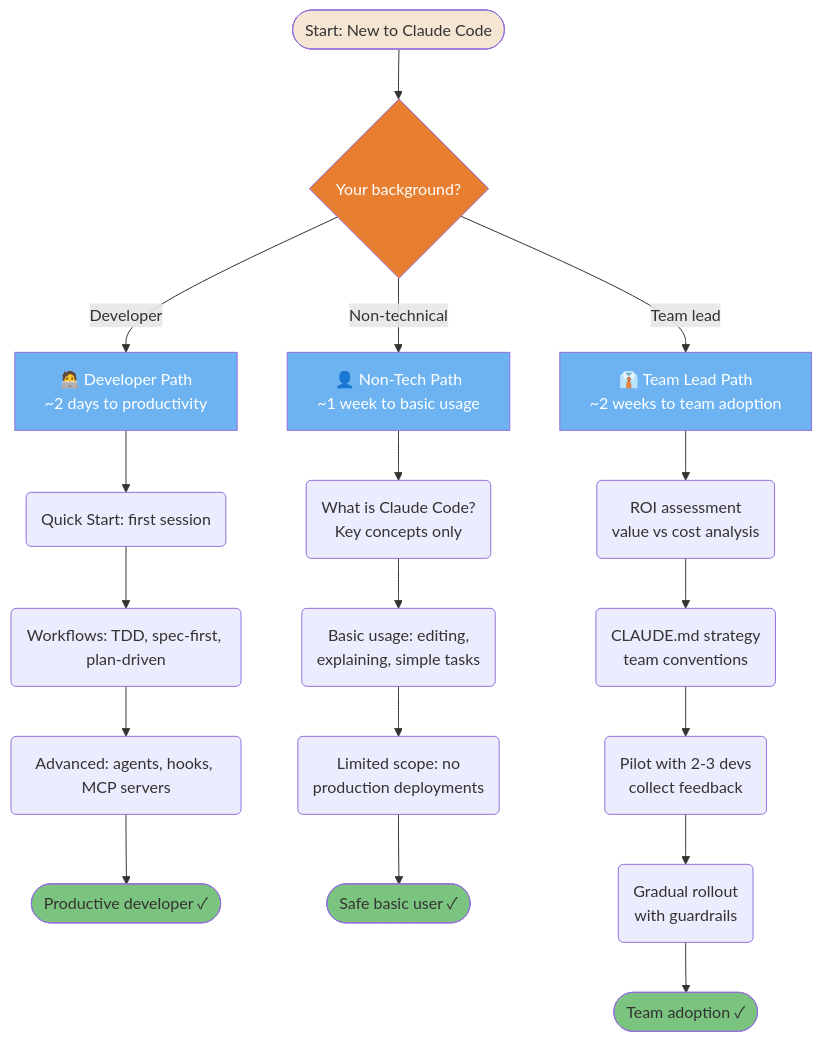
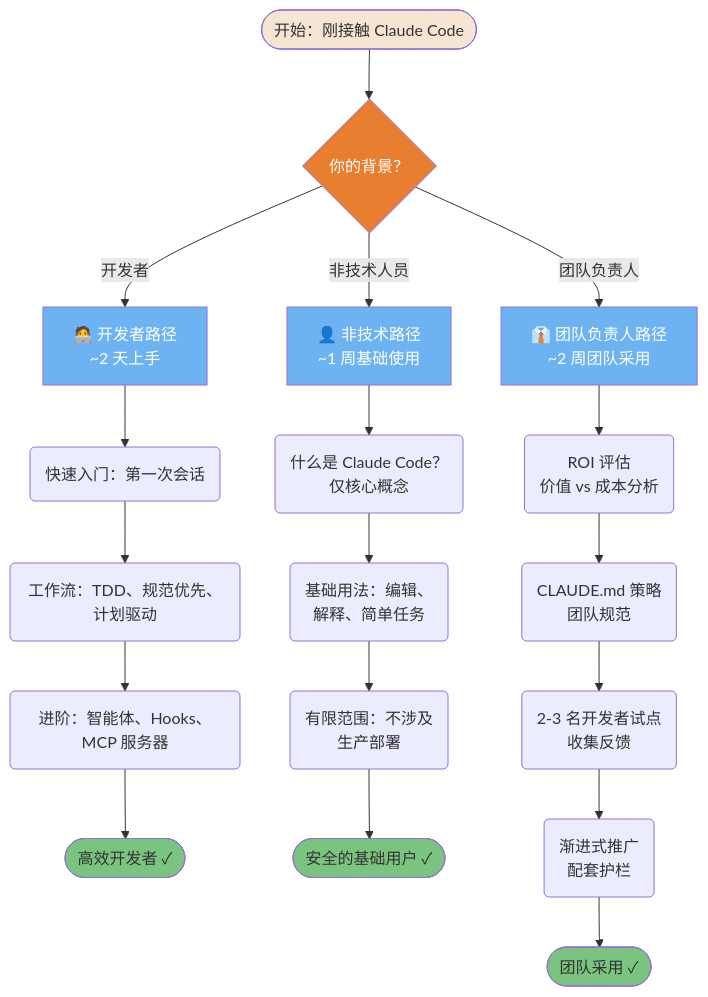
One commit to lawrencewzen/aispark-wiki changed the first of 3 diagrams in claude-code/diagrams/10-adoption-and-learning.md. Above: the diagram before and after it, drawn with Mermaid. The commit also changed other lines of this file and 82 other files, not shown here.

First line of the commit message:
feat: 完成 claude-code/ 目录全量中文翻译

````diff
--- a/claude-code/diagrams/10-adoption-and-learning.md
+++ b/claude-code/diagrams/10-adoption-and-learning.md
@@ -19,51 +19,51 @@
 ```mermaid
 flowchart TD
-    A([Start: New to Claude Code]) --> B{Your background?}
+    A([开始：刚接触 Claude Code]) --> B{你的背景？}
 
-    B -->|Developer| C["🧑‍💻 Developer Path<br/>~2 days to productivity"]
-    C --> C1(Quick Start: first session)
-    C1 --> C2(Workflows: TDD, spec-first, plan-driven)
-    C2 --> C3(Advanced: agents, hooks, MCP servers)
-    C3 --> C4([Productive developer ✓])
+    B -->|开发者| C["🧑‍💻 开发者路径<br/>~2 天上手"]
+    C --> C1(快速入门：第一次会话)
+    C1 --> C2(工作流：TDD、规范优先、计划驱动)
+    C2 --> C3(进阶：智能体、Hooks、MCP 服务器)
+    C3 --> C4([高效开发者 ✓])
 
-    B -->|Non-technical| D["👤 Non-Tech Path<br/>~1 week to basic usage"]
-    D --> D1(What is Claude Code?<br/>Key concepts only)
-    D1 --> D2(Basic usage: editing,<br/>explaining, simple tasks)
-    D2 --> D3(Limited scope: no<br/>production deployments)
-    D3 --> D4([Safe basic user ✓])
+    B -->|非技术人员| D["👤 非技术路径<br/>~1 周基础使用"]
+    D --> D1(什么是 Claude Code？<br/>仅核心概念)
+    D1 --> D2(基础用法：编辑、<br/>解释、简单任务)
+    D2 --> D3(有限范围：不涉及<br/>生产部署)
+    D3 --> D4([安全的基础用户 ✓])
 
-    B -->|Team lead| E["👔 Team Lead Path<br/>~2 weeks to team adoption"]
-    E --> E1(ROI assessment<br/>value vs cost analysis)
-    E1 --> E2(CLAUDE.md strategy<br/>team conventions)
-    E2 --> E3(Pilot with 2-3 devs<br/>collect feedback)
-    E3 --> E4(Gradual rollout<br/>with guardrails)
-    E4 --> E5([Team adoption ✓])
+    B -->|团队负责人| E["👔 团队负责人路径<br/>~2 周团队采用"]
+    E --> E1(ROI 评估<br/>价值 vs 成本分析)
+    E1 --> E2(CLAUDE.md 策略<br/>团队规范)
+    E2 --> E3(2-3 名开发者试点<br/>收集反馈)
+    E3 --> E4(渐进式推广<br/>配套护栏)
+    E4 --> E5([团队采用 ✓])
 
     style A fill:#F5E6D3,color:#333
     style B fill:#E87E2F,color:#fff
     style C fill:#6DB3F2,color:#fff
     style D fill:#6DB3F2,color:#fff
     style E fill:#6DB3F2,color:#fff
     style C4 fill:#7BC47F,color:#333
     style D4 fill:#7BC47F,color:#333
     style E5 fill:#7BC47F,color:#333
 
-    click A href "https://github.com/claude-code-ultimate-guide/claude-code-ultimate-guide/blob/main/guide/roles/adoption-approaches.md" "Start: New to Claude Code"
-    click B href "https://github.com/claude-code-ultimate-guide/claude-code-ultimate-guide/blob/main/guide/roles/adoption-approaches.md" "Your background?"
-    click C href "https://github.com/claude-code-ultimate-guide/claude-code-ultimate-guide/blob/main/guide/ultimate-guide.md#12-first-workflow" "Developer Path"
-    click C1 href "https://github.com/claude-code-ultimate-guide/claude-code-ultimate-guide/blob/main/guide/ultimate-guide.md#12-first-workflow" "Quick Start: first session"
-    click C2 href "https://github.com/claude-code-ultimate-guide/claude-code-ultimate-guide/blob/main/guide/ultimate-guide.md#12-first-workflow" "Workflows: TDD, spec-first, plan-driven"
-    click C3 href "https://github.com/claude-code-ultimate-guide/claude-code-ultimate-guide/blob/main/guide/ultimate-guide.md#41-what-are-agents" "Advanced: agents, hooks, MCP"
-    click C4 href "https://github.com/claude-code-ultimate-guide/claude-code-ultimate-guide/blob/main/guide/roles/adoption-approaches.md" "Productive developer"
-    click D href "https://github.com/claude-code-ultimate-guide/claude-code-ultimate-guide/blob/main/guide/roles/adoption-approaches.md" "Non-Tech Path"
-    click D1 href "https://github.com/claude-code-ultimate-guide/claude-code-ultimate-guide/blob/main/guide/roles/adoption-approaches.md" "What is Claude Code?"
-    click D2 href "https://github.com/claude-code-ultimate-guide/claude-code-ultimate-guide/blob/main/guide/roles/adoption-approaches.md" "Basic usage"
-    click D3 href "https://github.com/claude-code-ultimate-guide/claude-code-ultimate-guide/blob/main/guide/roles/adoption-approaches.md" "Limited scope"
-    click D4 href "https://github.com/claude-code-ultimate-guide/claude-code-ultimate-guide/blob/main/guide/roles/adoption-approaches.md" "Safe basic user"
-    click E href "https://github.com/claude-code-ultimate-guide/claude-code-ultimate-guide/blob/main/guide/roles/adoption-approaches.md" "Team Lead Path"
-    click E1 href "https://github.com/claude-code-ultimate-guide/claude-code-ultimate-guide/blob/main/guide/roles/adoption-approaches.md" "ROI assessment"
-    click E2 href "https://github.com/claude-code-ultimate-guide/claude-code-ultimate-guide/blob/main/guide/ultimate-guide.md#31-memory-files-claudemd" "CLAUDE.md strategy"
-    click E3 href "https://github.com/claude-code-ultimate-guide/claude-code-ultimate-guide/blob/main/guide/roles/adoption-approaches.md" "Pilot with 2-3 devs"
-    click E4 href "https://github.com/claude-code-ultimate-guide/claude-code-ultimate-guide/blob/main/guide/roles/adoption-approaches.md" "Gradual rollout"
-    click E5 href "https://github.com/claude-code-ultimate-guide/claude-code-ultimate-guide/blob/main/guide/roles/adoption-approaches.md" "Team adoption"
+    click A href "https://github.com/claude-code-ultimate-guide/claude-code-ultimate-guide/blob/main/guide/roles/adoption-approaches.md" "开始：刚接触 Claude Code"
+    click B href "https://github.com/claude-code-ultimate-guide/claude-code-ultimate-guide/blob/main/guide/roles/adoption-approaches.md" "你的背景？"
+    click C href "https://github.com/claude-code-ultimate-guide/claude-code-ultimate-guide/blob/main/guide/ultimate-guide.md#12-first-workflow" "开发者路径"
+    click C1 href "https://github.com/claude-code-ultimate-guide/claude-code-ultimate-guide/blob/main/guide/ultimate-guide.md#12-first-workflow" "快速入门：第一次会话"
+    click C2 href "https://github.com/claude-code-ultimate-guide/claude-code-ultimate-guide/blob/main/guide/ultimate-guide.md#12-first-workflow" "工作流：TDD、规范优先、计划驱动"
+    click C3 href "https://github.com/claude-code-ultimate-guide/claude-code-ultimate-guide/blob/main/guide/ultimate-guide.md#41-what-are-agents" "进阶：智能体、Hooks、MCP"
+    click C4 href "https://github.com/claude-code-ultimate-guide/claude-code-ultimate-guide/blob/main/guide/roles/adoption-approaches.md" "高效开发者"
+    click D href "https://github.com/claude-code-ultimate-guide/claude-code-ultimate-guide/blob/main/guide/roles/adoption-approaches.md" "非技术路径"
+    click D1 href "https://github.com/claude-code-ultimate-guide/claude-code-ultimate-guide/blob/main/guide/roles/adoption-approaches.md" "什么是 Claude Code？"
+    click D2 href "https://github.com/claude-code-ultimate-guide/claude-code-ultimate-guide/blob/main/guide/roles/adoption-approaches.md" "基础用法"
+    click D3 href "https://github.com/claude-code-ultimate-guide/claude-code-ultimate-guide/blob/main/guide/roles/adoption-approaches.md" "有限范围"
+    click D4 href "https://github.com/claude-code-ultimate-guide/claude-code-ultimate-guide/blob/main/guide/roles/adoption-approaches.md" "安全的基础用户"
+    click E href "https://github.com/claude-code-ultimate-guide/claude-code-ultimate-guide/blob/main/guide/roles/adoption-approaches.md" "团队负责人路径"
+    click E1 href "https://github.com/claude-code-ultimate-guide/claude-code-ultimate-guide/blob/main/guide/roles/adoption-approaches.md" "ROI 评估"
+    click E2 href "https://github.com/claude-code-ultimate-guide/claude-code-ultimate-guide/blob/main/guide/ultimate-guide.md#31-memory-files-claudemd" "CLAUDE.md 策略"
+    click E3 href "https://github.com/claude-code-ultimate-guide/claude-code-ultimate-guide/blob/main/guide/roles/adoption-approaches.md" "2-3 名开发者试点"
+    click E4 href "https://github.com/claude-code-ultimate-guide/claude-code-ultimate-guide/blob/main/guide/roles/adoption-approaches.md" "渐进式推广"
+    click E5 href "https://github.com/claude-code-ultimate-guide/claude-code-ultimate-guide/blob/main/guide/roles/adoption-approaches.md" "团队采用"
 ```
````
